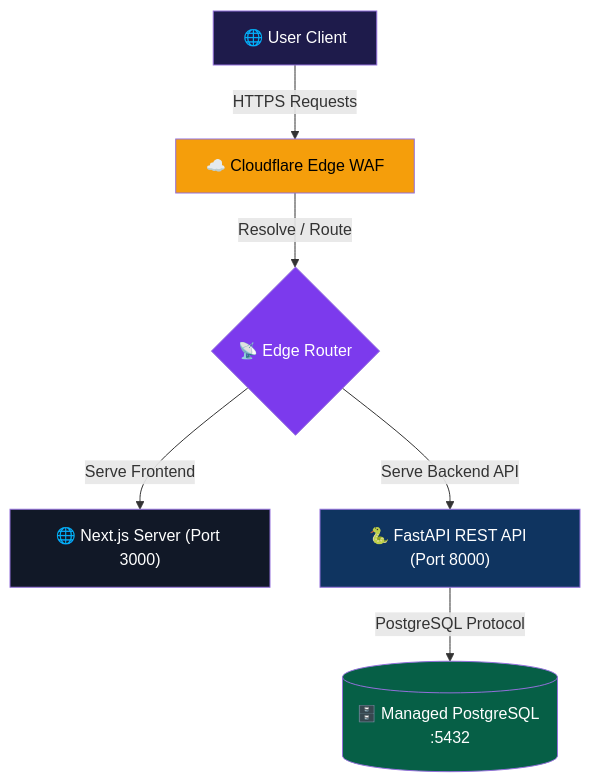
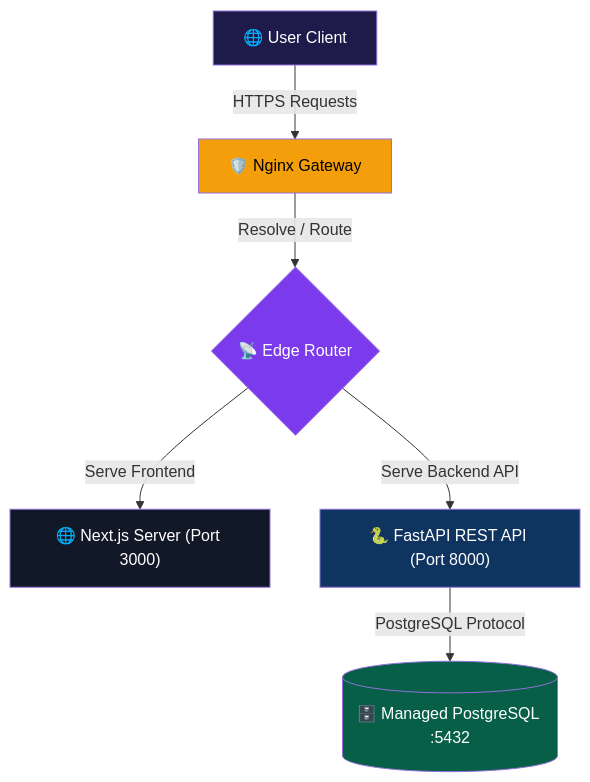
Before and after one commit to algorithnicmind/Bookflow-management: the fourth of 4 diagrams in docs/05-HLD.md, drawn with Mermaid. The commit also changed other lines of this file and 1 other file, not shown here.

````diff
--- a/docs/05-HLD.md
+++ b/docs/05-HLD.md
@@ -206,17 +206,17 @@
 ```mermaid
 graph TD
-    Browser[🌐 User Client] -->|HTTPS Requests| CF[☁️ Cloudflare Edge WAF]
-    CF -->|Resolve / Route| Router{"📡 Edge Router"}
+    Browser[🌐 User Client] -->|HTTPS Requests| Nginx[🛡️ Nginx Gateway]
+    Nginx -->|Resolve / Route| Router{"📡 Edge Router"}
     
     Router -->|Serve Frontend| NextApp["🌐 Next.js Server (Port 3000)"]
     Router -->|Serve Backend API| FastAPI["🐍 FastAPI REST API (Port 8000)"]
     
     FastAPI -->|PostgreSQL Protocol| DB[(🗄️ Managed PostgreSQL :5432)]
     
     style Browser fill:#1e1b4b,color:#fff
-    style CF fill:#F59E0B,color:#000
+    style Nginx fill:#F59E0B,color:#000
     style Router fill:#7C3AED,color:#fff
     style NextApp fill:#111827,color:#fff
     style FastAPI fill:#0f3460,color:#fff
     style DB fill:#065f46,color:#fff
 ```
````
